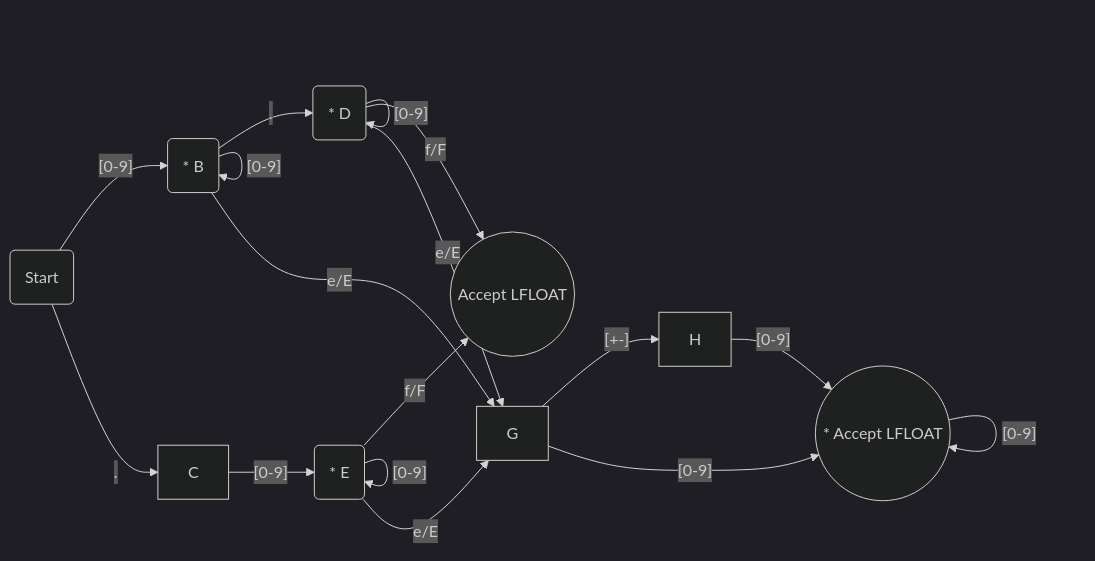
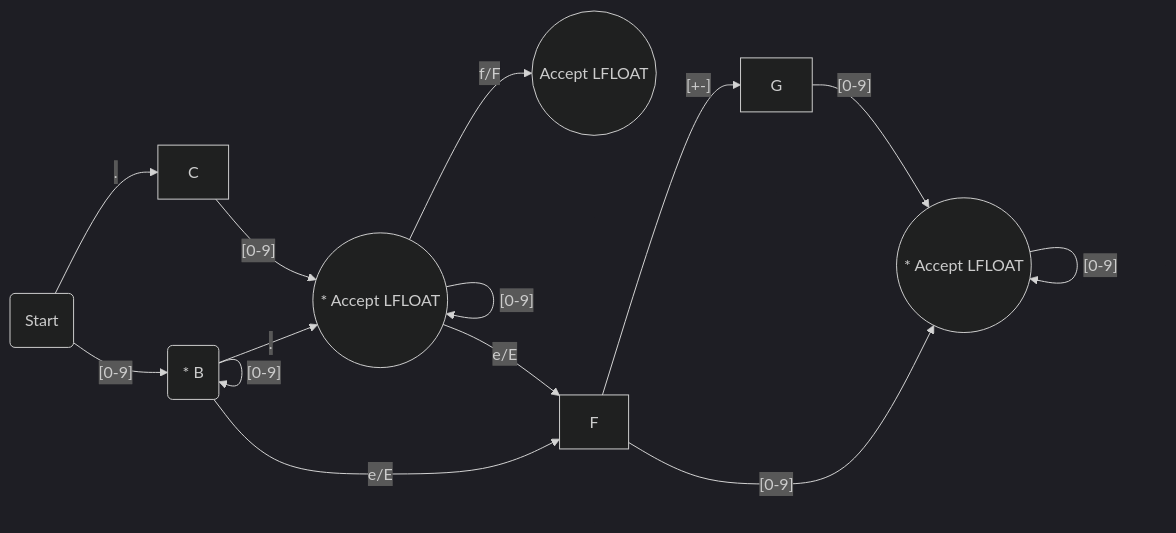
Diagram 16 of 50 in README.md (Bruno-Emanoel/-ATH---COMPILER), drawn with Mermaid (dark theme) before and after one commit. The commit also changed other lines of this file, not shown here.

Commit message:
Update README - LFLOAT diagram fix

````diff
--- a/README.md
+++ b/README.md
@@ -281,24 +281,21 @@
 ```mermaid
 graph LR;
     A(Start) -- [0-9] --> B(* B);
     B -- [0-9] --> B;
     A -- . --> C;
-    B -- . --> D(* D);
-    C -- [0-9] --> E(* E);
-    E -- [0-9] --> E;
+    B -- . --> D((* Accept LFLOAT));
+    C -- [0-9] --> D;
     D -- [0-9] --> D;
     
-    %% Caminho FLOAT_PADRAO + [fF]
-    D -- f/F --> F((Accept LFLOAT));
-    E -- f/F --> F((Accept LFLOAT));
+    %% Caminho FLOAT_PADRAO + [fF]?
+    D -- f/F --> E((Accept LFLOAT));
     
     %% Caminho FLOAT_CIENTIFICA
-    B -- e/E --> G;
-    D -- e/E --> G;
-    E -- e/E --> G;
+    B -- e/E --> F;
+    D -- e/E --> F;
     
-    G -- [+-] --> H;
-    G -- [0-9] --> I((* Accept LFLOAT));
-    H -- [0-9] --> I((* Accept LFLOAT));
-    I -- [0-9] --> I;
+    F -- [+-] --> G;
+    F -- [0-9] --> H((* Accept LFLOAT));
+    G -- [0-9] --> H((* Accept LFLOAT));
+    H -- [0-9] --> H;
 ```
````
